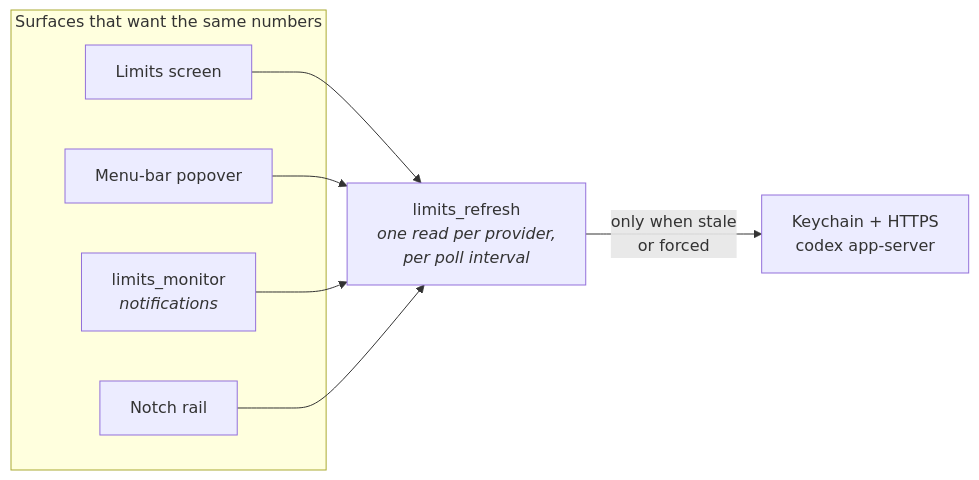
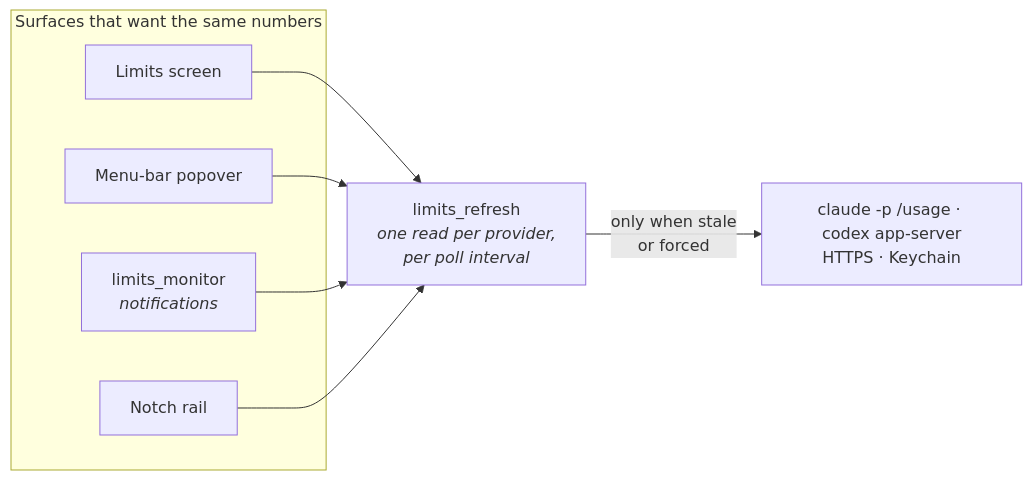
Before and after one commit to giostriquer/on-n-off: the second of 3 diagrams in docs/architecture/README.md, drawn with Mermaid. The commit also changed other lines of this file and 79 other files, not shown here.

````diff
--- a/docs/architecture/README.md
+++ b/docs/architecture/README.md
@@ -79,18 +79,18 @@
 ```mermaid
 flowchart LR
     subgraph consumers["Surfaces that want the same numbers"]
         screen["Limits screen"]
         pop["Menu-bar popover"]
         mon["limits_monitor<br/><i>notifications</i>"]
         rail["Notch rail"]
     end
 
     cache["limits_refresh<br/><i>one read per provider,<br/>per poll interval</i>"]
-    provider["Keychain + HTTPS<br/>codex app-server"]
+    provider["claude -p /usage · codex app-server<br/>HTTPS · Keychain"]
 
     screen --> cache
     pop --> cache
     mon --> cache
     rail --> cache
     cache -->|"only when stale<br/>or forced"| provider
 ```
````
